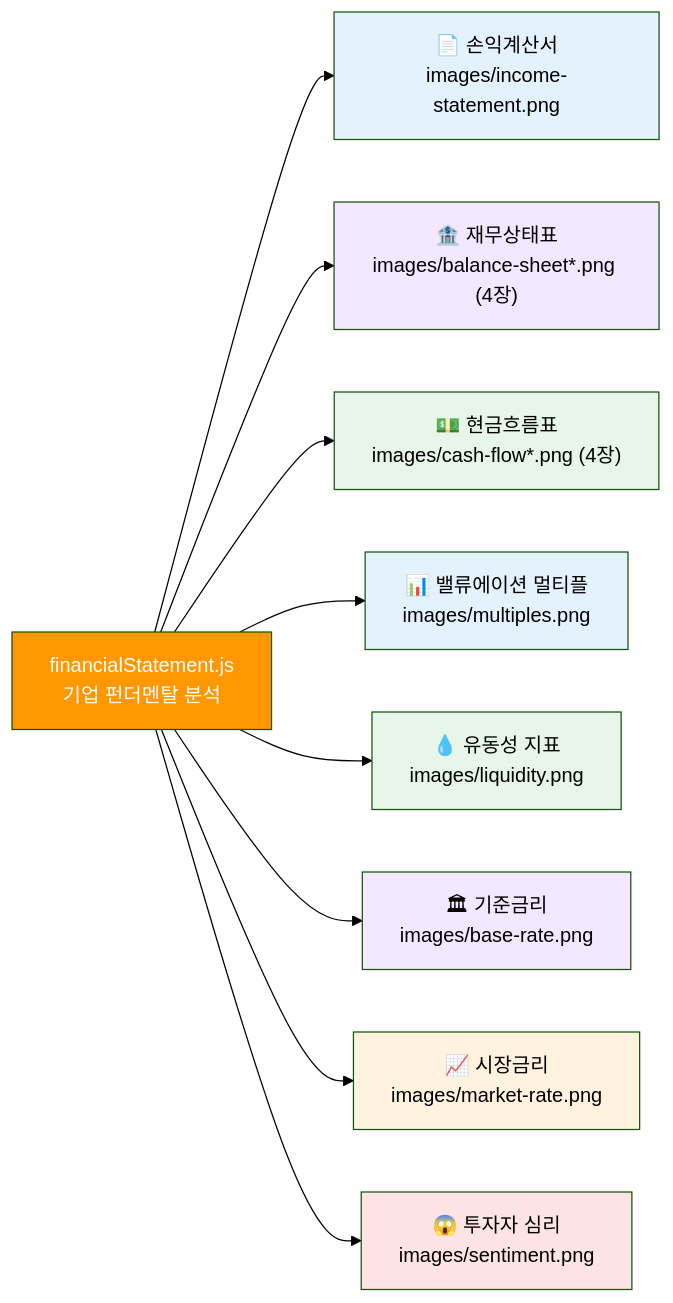
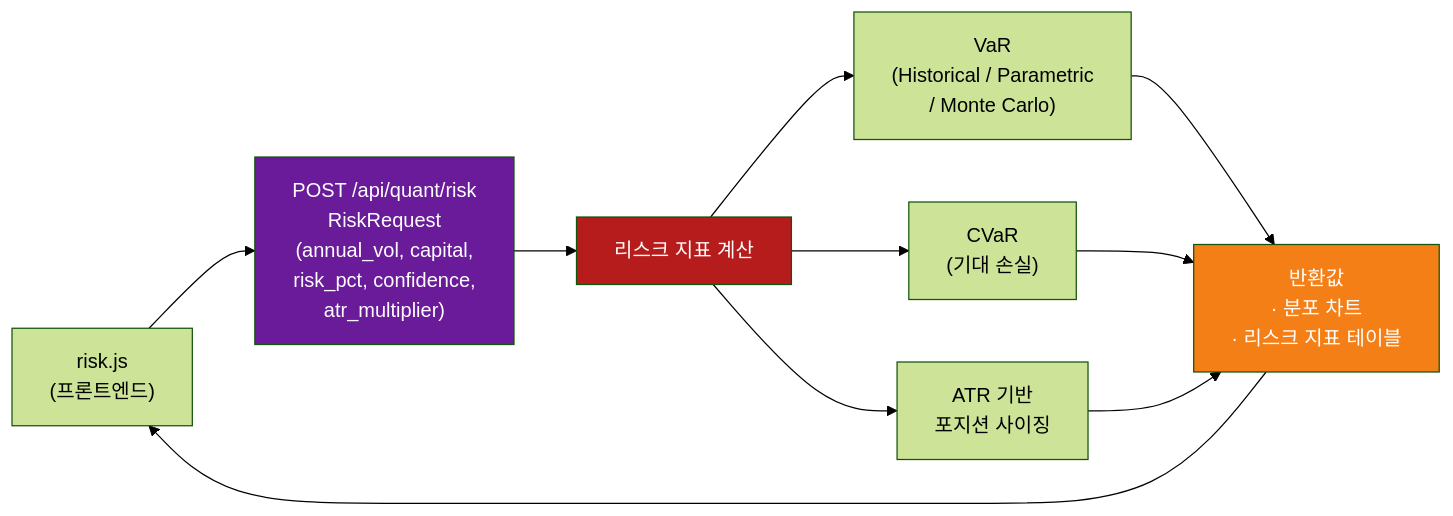
One commit to edumgt/python-quant changed the ninth of 9 diagrams in docs/07.md. Above: the diagram before and after it, drawn with Mermaid (forest theme). The commit also changed other lines of this file and 36 other files, not shown here.

````diff
--- a/docs/07.md
+++ b/docs/07.md
@@ -1326,22 +1040,20 @@
 ```mermaid
 flowchart LR
-    JS["financialStatement.js\n기업 펀더멘탈 분석"]
-    JS --> C1["📄 손익계산서\nimages/income-statement.png"]
-    JS --> C2["🏦 재무상태표\nimages/balance-sheet*.png (4장)"]
-    JS --> C3["💵 현금흐름표\nimages/cash-flow*.png (4장)"]
-    JS --> C4["📊 밸류에이션 멀티플\nimages/multiples.png"]
-    JS --> C5["💧 유동성 지표\nimages/liquidity.png"]
-    JS --> C6["🏛 기준금리\nimages/base-rate.png"]
-    JS --> C7["📈 시장금리\nimages/market-rate.png"]
-    JS --> C8["😱 투자자 심리\nimages/sentiment.png"]
+    JS["risk.js\n(프론트엔드)"]
+    API["POST /api/quant/risk\nRiskRequest\n(annual_vol, capital,\nrisk_pct, confidence,\natr_multiplier)"]
+    CALC["리스크 지표 계산"]
+    CALC --> VAR["VaR\n(Historical / Parametric\n/ Monte Carlo)"]
+    CALC --> CVAR["CVaR\n(기대 손실)"]
+    CALC --> ATR["ATR 기반\n포지션 사이징"]
+    RES["반환값\n· 분포 차트\n· 리스크 지표 테이블"]
 
-    style JS fill:#FF9800,color:#fff
-    style C1 fill:#E3F2FD
-    style C2 fill:#F3E8FF
-    style C3 fill:#E8F5E9
-    style C4 fill:#E3F2FD
-    style C5 fill:#E8F5E9
-    style C6 fill:#F3E8FF
-    style C7 fill:#FFF3E0
-    style C8 fill:#FFE4E6
+    JS --> API --> CALC
+    VAR --> RES
+    CVAR --> RES
+    ATR --> RES
+    RES --> JS
+
+    style API fill:#6A1B9A,color:#fff
+    style CALC fill:#B71C1C,color:#fff
+    style RES fill:#F57F17,color:#fff
 ```
````
